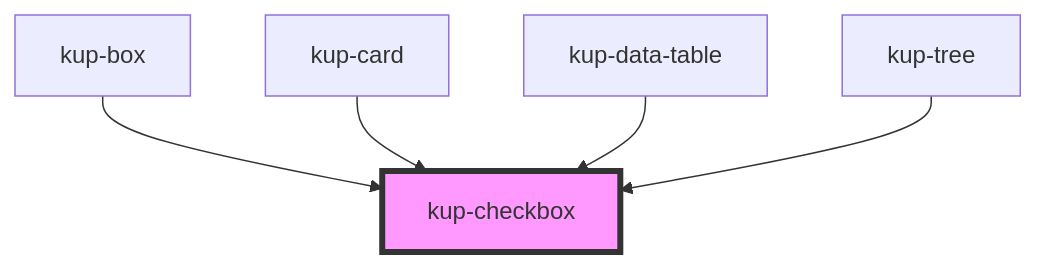
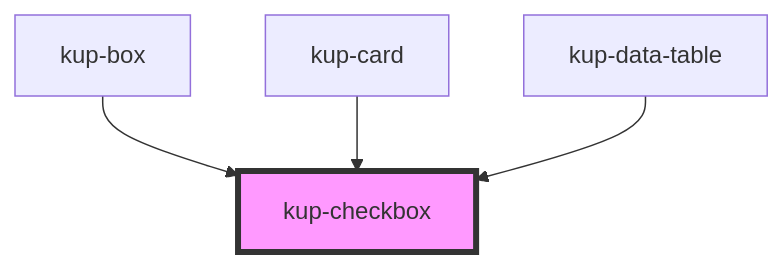
The diagram in packages/ketchup/src/components/kup-checkbox/readme.md (smeup/ketchup), drawn with Mermaid before and after one commit. The commit also changed other lines of this file and 12 other files, not shown here.

Commit message:
FCell: used in kup-tree.

````diff
--- a/packages/ketchup/src/components/kup-checkbox/readme.md
+++ b/packages/ketchup/src/components/kup-checkbox/readme.md
@@ -92,8 +91,7 @@
 ```mermaid
 graph TD;
   kup-box --> kup-checkbox
   kup-card --> kup-checkbox
   kup-data-table --> kup-checkbox
-  kup-tree --> kup-checkbox
   style kup-checkbox fill:#f9f,stroke:#333,stroke-width:4px
 ```
````
